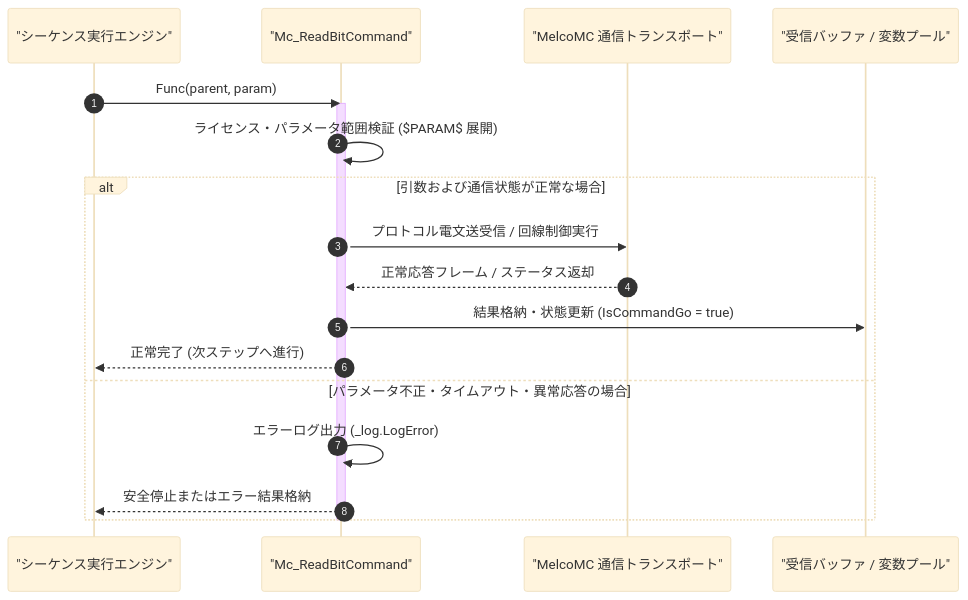
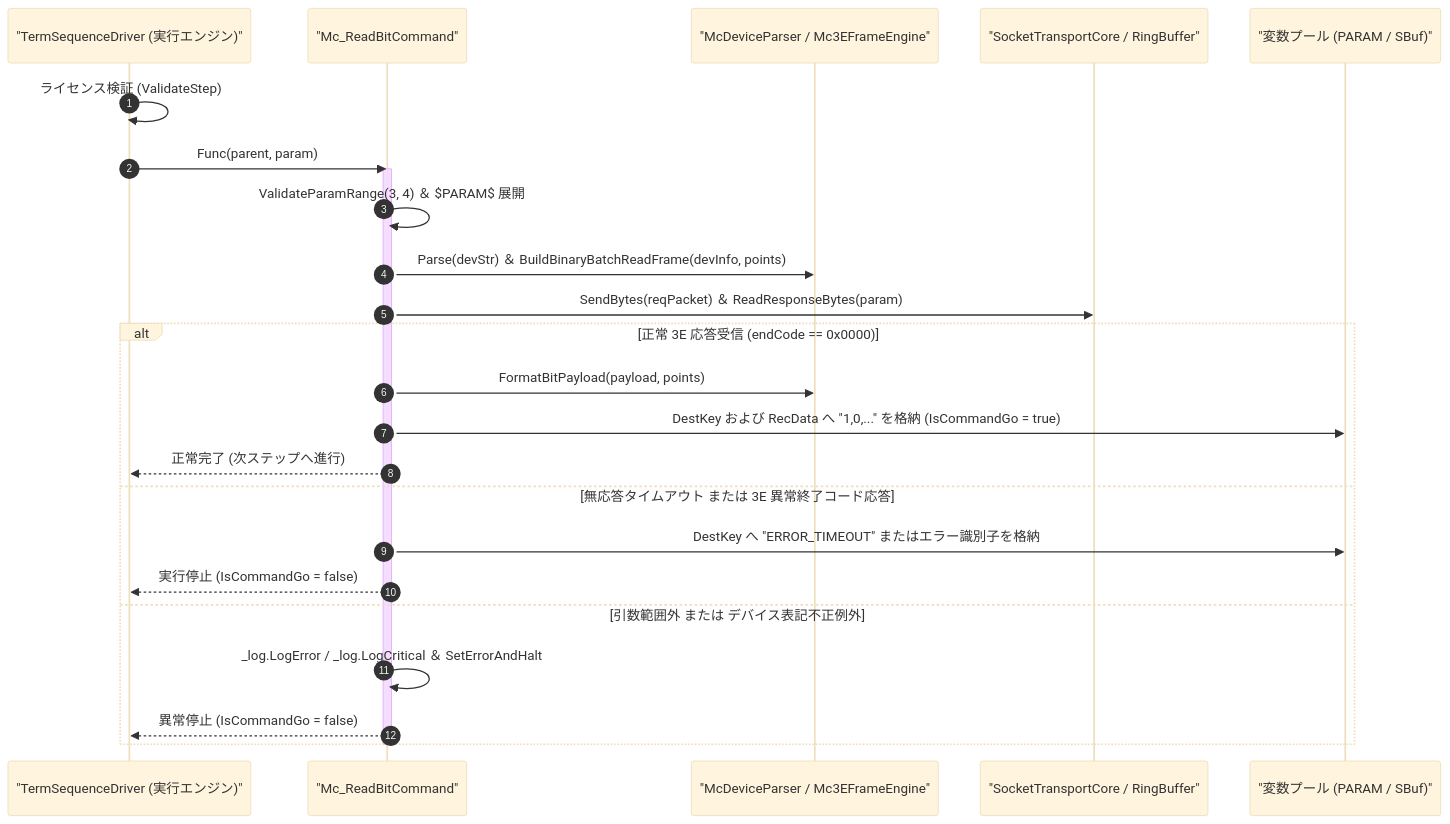
The diagram in Manual/MelcoMC/Mc_ReadBit.Md (Monaca-App/TermAddIn), drawn with Mermaid (base theme) before and after one commit. The commit also changed other lines of this file and 157 other files, not shown here.

````diff
--- a/Manual/MelcoMC/Mc_ReadBit.Md
+++ b/Manual/MelcoMC/Mc_ReadBit.Md
@@ -65,22 +71,28 @@
 ```mermaid
 sequenceDiagram
     autonumber
-    participant Script as "シーケンス実行エンジン"
+    participant Driver as "TermSequenceDriver (実行エンジン)"
     participant Cmd as "Mc_ReadBitCommand"
-    participant Trans as "MelcoMC 通信トランスポート"
-    participant Buf as "受信バッファ / 変数プール"
+    participant Engine as "McDeviceParser / Mc3EFrameEngine"
+    participant Socket as "SocketTransportCore / RingBuffer"
+    participant Buf as "変数プール (PARAM / SBuf)"
 
-    Script->>Cmd: Func(parent, param)
+    Driver->>Driver: ライセンス検証 (ValidateStep)
+    Driver->>Cmd: Func(parent, param)
     activate Cmd
-    Cmd->>Cmd: ライセンス・パラメータ範囲検証 ($PARAM$ 展開)
-    alt 引数および通信状態が正常な場合
-        Cmd->>Trans: プロトコル電文送受信 / 回線制御実行
-        Trans-->>Cmd: 正常応答フレーム / ステータス返却
-        Cmd->>Buf: 結果格納・状態更新 (IsCommandGo = true)
-        Cmd-->>Script: 正常完了 (次ステップへ進行)
-    else パラメータ不正・タイムアウト・異常応答の場合
-        Cmd->>Cmd: エラーログ出力 (_log.LogError)
-        Cmd-->>Script: 安全停止またはエラー結果格納
+    Cmd->>Cmd: ValidateParamRange(3, 4) ＆ $PARAM$ 展開
+    Cmd->>Engine: Parse(devStr) ＆ BuildBinaryBatchReadFrame(devInfo, points)
+    Cmd->>Socket: SendBytes(reqPacket) ＆ ReadResponseBytes(param)
+    alt 正常 3E 応答受信 (endCode == 0x0000)
+        Cmd->>Engine: FormatBitPayload(payload, points)
+        Cmd->>Buf: DestKey および RecData へ "1,0,..." を格納 (IsCommandGo = true)
+        Cmd-->>Driver: 正常完了 (次ステップへ進行)
+    else 無応答タイムアウト または 3E 異常終了コード応答
+        Cmd->>Buf: DestKey へ "ERROR_TIMEOUT" またはエラー識別子を格納
+        Cmd-->>Driver: 実行停止 (IsCommandGo = false)
+    else 引数範囲外 または デバイス表記不正例外
+        Cmd->>Cmd: _log.LogError / _log.LogCritical ＆ SetErrorAndHalt
+        Cmd-->>Driver: 異常停止 (IsCommandGo = false)
     end
     deactivate Cmd
 ```
````
